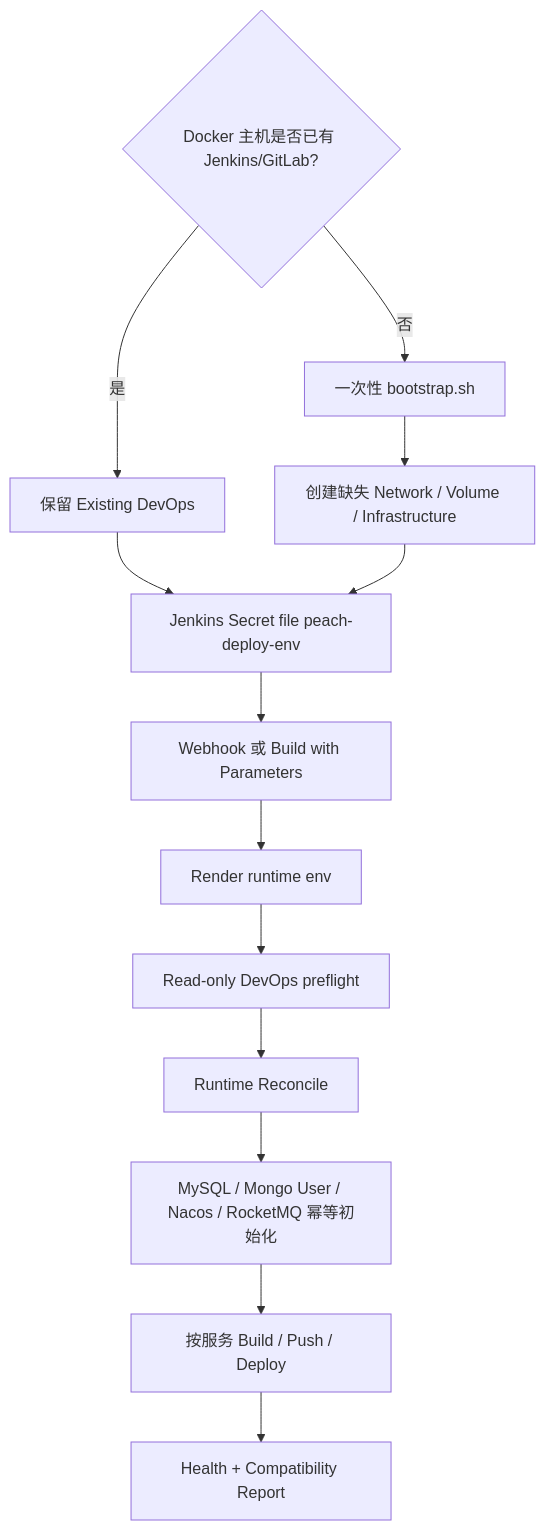
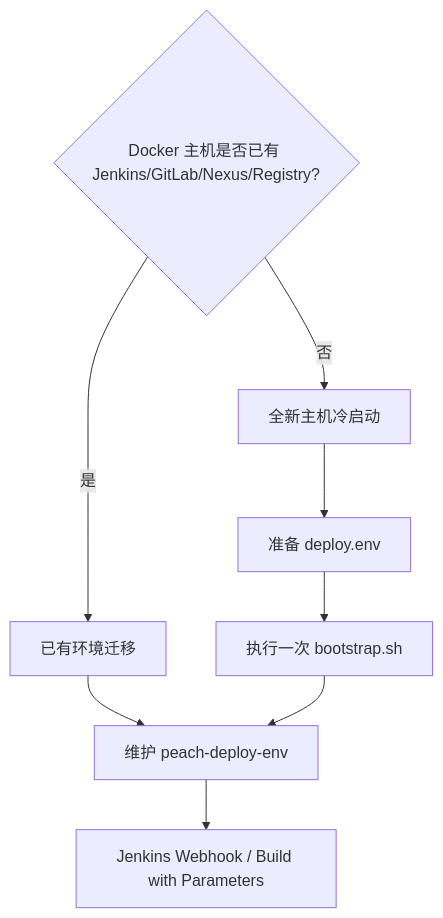
The diagram in deploy-pipline/docs/getting-started.md (Ryan-Guizhou/peach-cloud), drawn with Mermaid before and after one commit. The commit also changed other lines of this file and 6 other files, not shown here.

````diff
--- a/deploy-pipline/docs/getting-started.md
+++ b/deploy-pipline/docs/getting-started.md
@@ -37,17 +7,11 @@
 ```mermaid
-flowchart TB
-    A{Docker 主机是否已有 Jenkins/GitLab?}
-    A -->|是| B[保留 Existing DevOps]
-    B --> C[Jenkins Secret file peach-deploy-env]
-    C --> D[Webhook 或 Build with Parameters]
-    D --> E[Render runtime env]
-    E --> F[Read-only DevOps preflight]
-    F --> G[Runtime Reconcile]
-    G --> H[MySQL / Mongo User / Nacos / RocketMQ 幂等初始化]
-    H --> I[按服务 Build / Push / Deploy]
-    I --> J[Health + Compatibility Report]
-
-    A -->|否| K[一次性 bootstrap.sh]
-    K --> L[创建缺失 Network / Volume / Infrastructure]
-    L --> C
+flowchart TD
+    A{Docker 主机是否已有 Jenkins/GitLab/Nexus/Registry?}
+    A -->|是| B[已有环境迁移]
+    A -->|否| C[全新主机冷启动]
+    B --> D[维护 peach-deploy-env]
+    D --> E[Jenkins Webhook / Build with Parameters]
+    C --> F[准备 deploy.env]
+    F --> G[执行一次 bootstrap.sh]
+    G --> D
 ```
````
